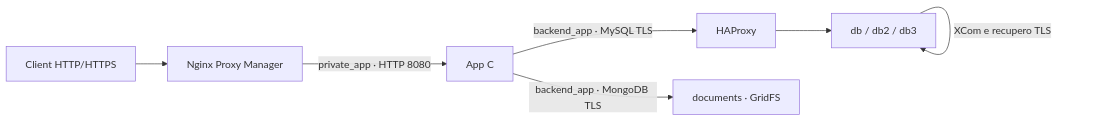
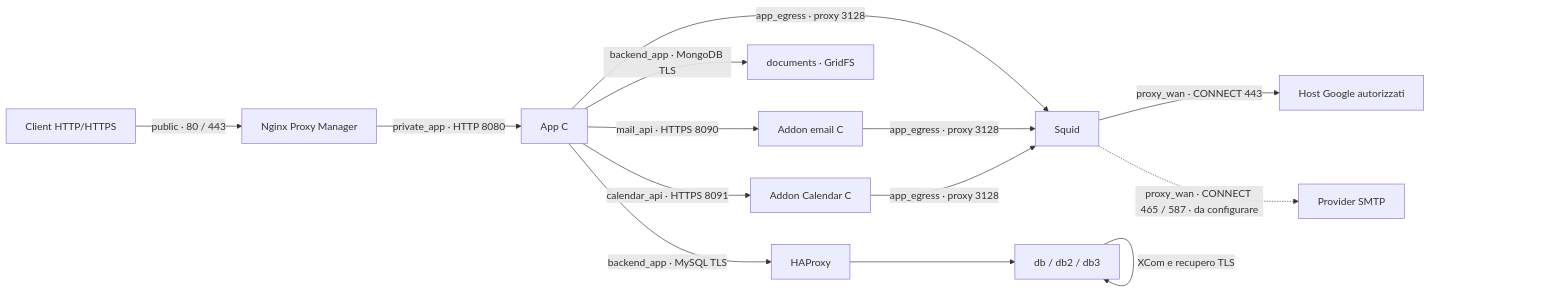
One commit to GiorgioOppo/Project-manager changed the diagram in README.md. Above: the diagram before and after it, drawn with Mermaid. The commit also changed other lines of this file and 41 other files, not shown here.

````diff
--- a/README.md
+++ b/README.md
@@ -71,9 +85,16 @@
 ```mermaid
 flowchart LR
-  Client["Client HTTP/HTTPS"] --> NPM["Nginx Proxy Manager"]
+  Client["Client HTTP/HTTPS"] -->|"public · 80 / 443"| NPM["Nginx Proxy Manager"]
   NPM -->|"private_app · HTTP 8080"| App["App C"]
   App -->|"backend_app · MySQL TLS"| Proxy["HAProxy"]
   Proxy --> DB["db / db2 / db3"]
   App -->|"backend_app · MongoDB TLS"| Docs["documents · GridFS"]
   DB -->|"XCom e recupero TLS"| DB
+  App -->|"app_egress · proxy 3128"| Squid["Squid"]
+  App -->|"mail_api · HTTPS 8090"| Mail["Addon email C"]
+  Mail -->|"app_egress · proxy 3128"| Squid
+  App -->|"calendar_api · HTTPS 8091"| Calendar["Addon Calendar C"]
+  Calendar -->|"app_egress · proxy 3128"| Squid
+  Squid -->|"proxy_wan · CONNECT 443"| Google["Host Google autorizzati"]
+  Squid -.->|"proxy_wan · CONNECT 465 / 587 · da configurare"| SMTP["Provider SMTP"]
 ```
````
